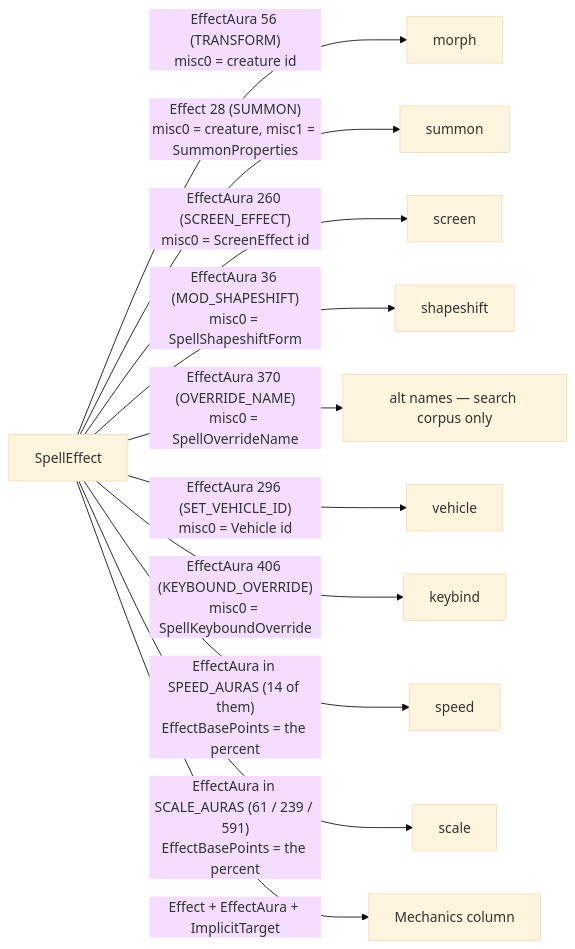
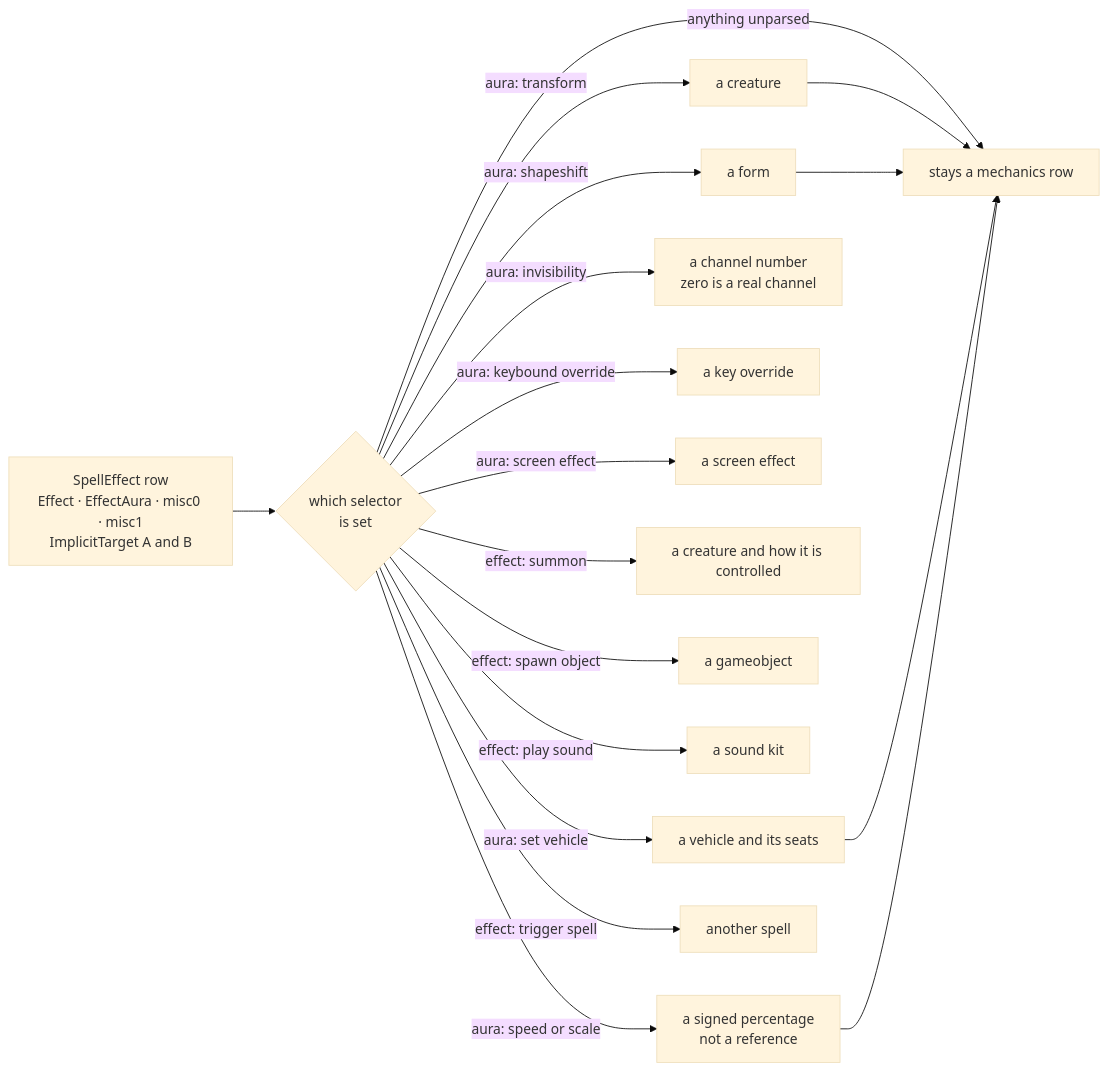
Before and after one commit to Natans8/Epsilook: the eighth of 8 diagrams in docs/DATA_ROUTES.md, drawn with Mermaid (base theme). The commit also changed other lines of this file, not shown here.

````diff
--- a/docs/DATA_ROUTES.md
+++ b/docs/DATA_ROUTES.md
@@ -635,14 +354,21 @@
 ```mermaid
 flowchart LR
-    SE["SpellEffect"]
-    SE -->|" EffectAura 56 (TRANSFORM)<br/>misc0 = creature id "| MO["morph"]
-    SE -->|" Effect 28 (SUMMON)<br/>misc0 = creature, misc1 = SummonProperties "| SU["summon"]
-    SE -->|" EffectAura 260 (SCREEN_EFFECT)<br/>misc0 = ScreenEffect id "| SC["screen"]
-    SE -->|" EffectAura 36 (MOD_SHAPESHIFT)<br/>misc0 = SpellShapeshiftForm "| SS["shapeshift"]
-    SE -->|" EffectAura 370 (OVERRIDE_NAME)<br/>misc0 = SpellOverrideName "| ON["alt names — search corpus only"]
-    SE -->|" EffectAura 296 (SET_VEHICLE_ID)<br/>misc0 = Vehicle id "| VE["vehicle"]
-    SE -->|" EffectAura 406 (KEYBOUND_OVERRIDE)<br/>misc0 = SpellKeyboundOverride "| KB["keybind"]
-    SE -->|" EffectAura in SPEED_AURAS (14 of them)<br/>EffectBasePoints = the percent "| SP["speed"]
-    SE -->|" EffectAura in SCALE_AURAS (61 / 239 / 591)<br/>EffectBasePoints = the percent "| SZ["scale"]
-    SE -->|" Effect + EffectAura + ImplicitTarget "| ME["Mechanics column"]
+    SE["SpellEffect row<br/>Effect · EffectAura · misc0 · misc1<br/>ImplicitTarget A and B"]
+    SE --> SEL{"which selector<br/>is set"}
+    SEL -->|"aura: transform"| CRE["a creature"]
+    SEL -->|"aura: shapeshift"| FRM["a form"]
+    SEL -->|"aura: set vehicle"| VEH["a vehicle and its seats"]
+    SEL -->|"aura: invisibility"| CHN["a channel number<br/>zero is a real channel"]
+    SEL -->|"aura: keybound override"| KEY["a key override"]
+    SEL -->|"aura: screen effect"| SCE["a screen effect"]
+    SEL -->|"effect: summon"| SUM["a creature and how it is controlled"]
+    SEL -->|"effect: spawn object"| OBJ["a gameobject"]
+    SEL -->|"effect: play sound"| PSD["a sound kit"]
+    SEL -->|"aura: speed or scale"| NUM["a signed percentage<br/>not a reference"]
+    SEL -->|"effect: trigger spell"| LNK["another spell"]
+    SEL -->|"anything unparsed"| MEC["stays a mechanics row"]
+    CRE --> MEC
+    FRM --> MEC
+    VEH --> MEC
+    NUM --> MEC
 ```
````
